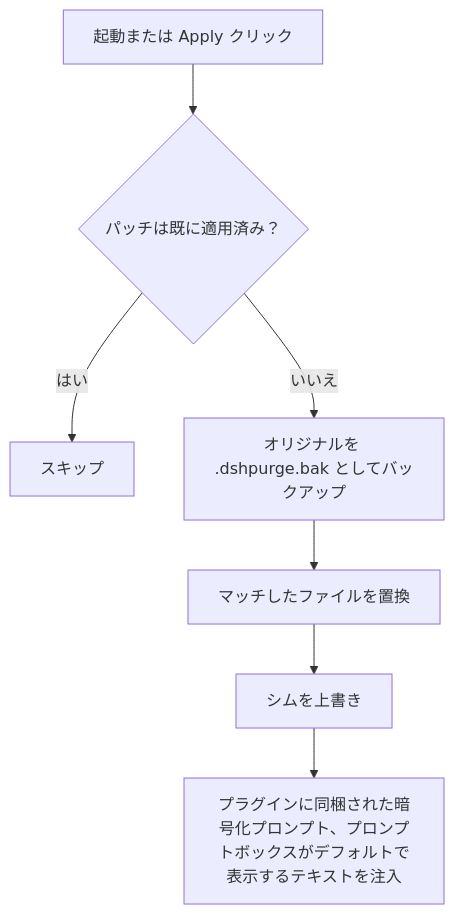
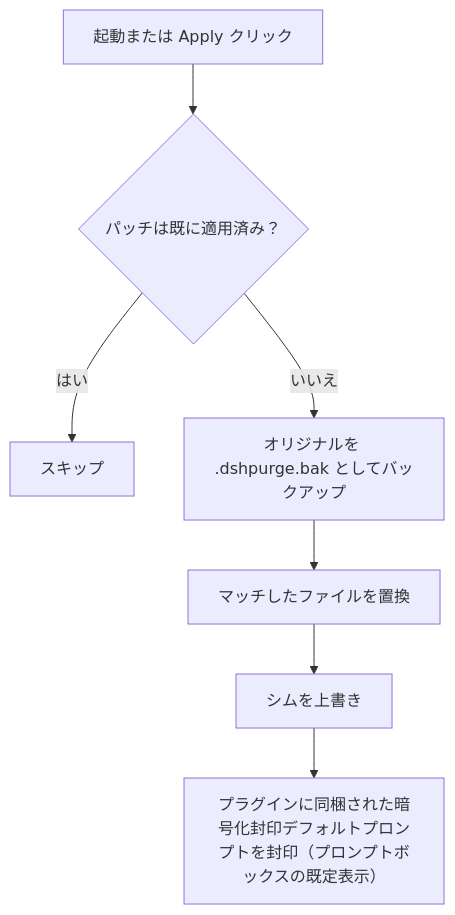
Before and after one commit to qiuqianyi66/dsh-purge: the first of 3 diagrams in README.ja.md, drawn with Mermaid. The commit also changed other lines of this file and 2 other files, not shown here.

````diff
--- a/README.ja.md
+++ b/README.ja.md
@@ -497,9 +503,9 @@
 ```mermaid
 flowchart TD
   A["起動または Apply クリック"] --> B{"パッチは既に適用済み？"}
   B -->|はい| C["スキップ"]
   B -->|いいえ| D["オリジナルを .dshpurge.bak としてバックアップ"]
   D --> E["マッチしたファイルを置換"]
   E --> F["シムを上書き"]
-  F --> G["プラグインに同梱された暗号化プロンプト、プロンプトボックスがデフォルトで表示するテキストを注入"]
+  F --> G["プラグインに同梱された暗号化封印デフォルトプロンプトを封印（プロンプトボックスの既定表示）"]
 ```
````
